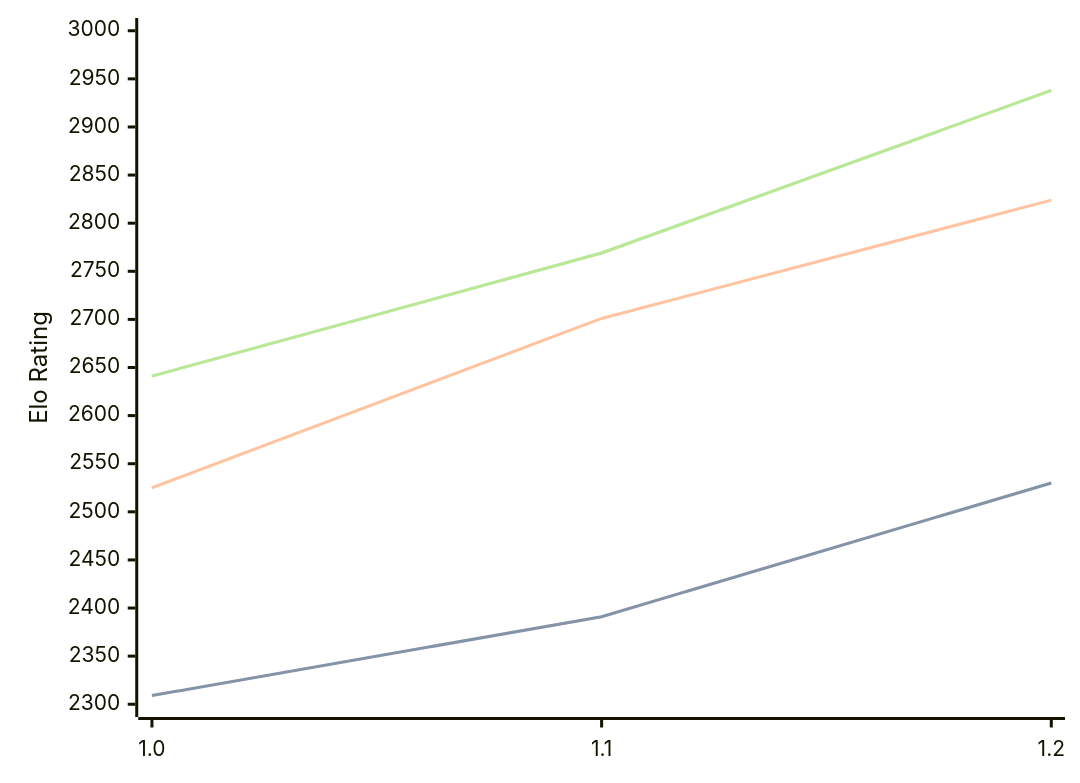
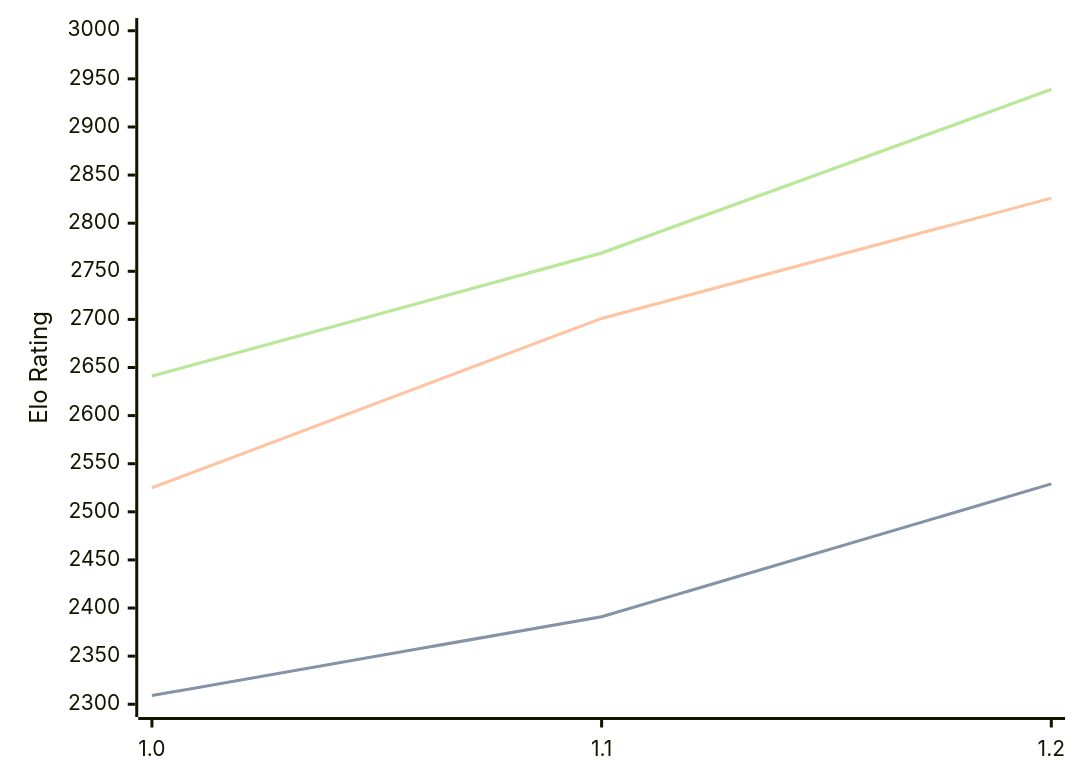
The first of 3 diagrams in engines/FoxChess.md (computer-chess-index/cci), drawn with Mermaid before and after one commit. The commit also changed other lines of this file, not shown here.

Commit message:
Update CCI Ratings (ELO VLTC) - 2026-07-12

````diff
--- a/engines/FoxChess.md
+++ b/engines/FoxChess.md
@@ -33,11 +33,11 @@
 ```mermaid
 %%{init: {"theme":"base","themeVariables":{"seriesColors:['#a3a3a3','#222221','#faa371']}}}%%
 xychart-beta
   x-axis ["1.0", "1.1", "1.2"]
   y-axis "Elo Rating" 2300 --> 3000
-  line "STC (8.0+0.08s)" [2309, 2391, 2530]
-  line "STC (8.0+0.08s)" [2309, 2391, 2530]
-  line "LTC (60.0+0.60s)" [2525, 2701, 2824]
-  line "VLTC (2m24s+1.12s)" [2641, 2769, 2938]
-  line "VLTC (2m24s+1.12s)" [2641, 2769, 2938]
+  line "STC (8.0+0.08s)" [2309, 2391, 2529]
+  line "STC (8.0+0.08s)" [2309, 2391, 2529]
+  line "LTC (60.0+0.60s)" [2525, 2701, 2826]
+  line "VLTC (2m24s+1.12s)" [2641, 2769, 2939]
+  line "VLTC (2m24s+1.12s)" [2641, 2769, 2939]
 ```
````
